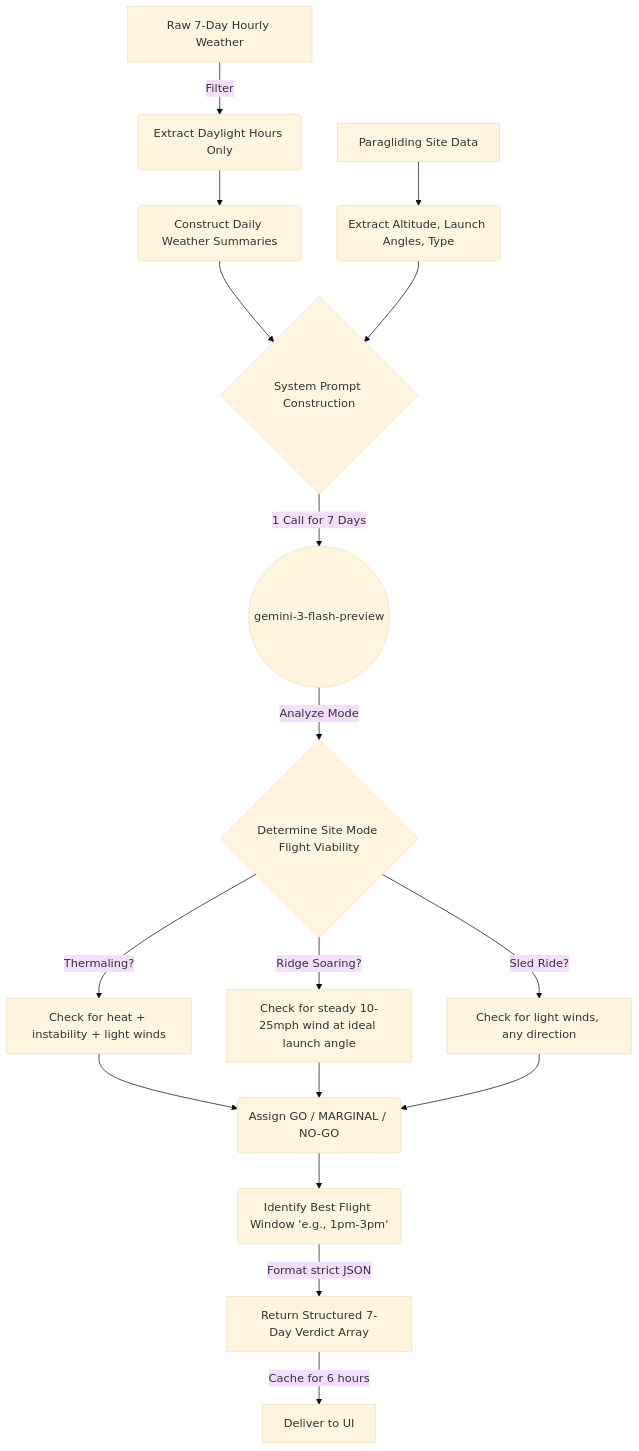
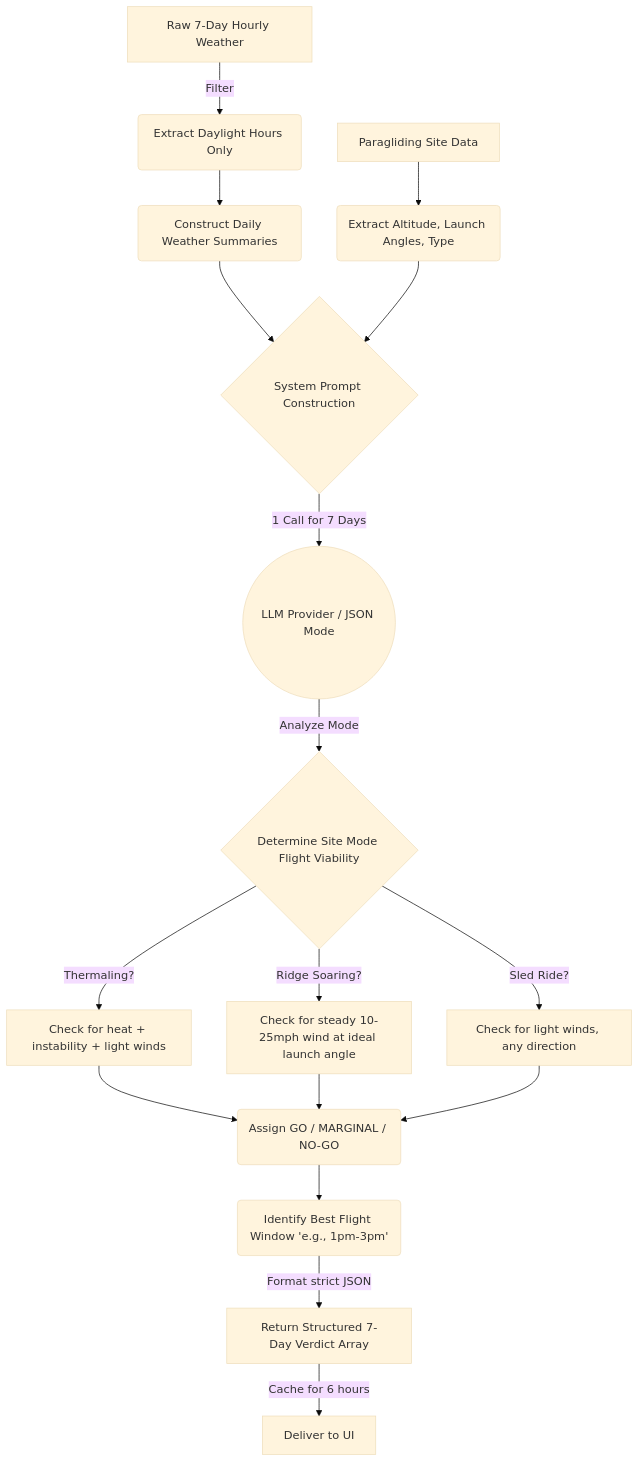
Before and after one commit to rupeshdabbir/Paragliding-agent: the second of 3 diagrams in README.md, drawn with Mermaid (base theme). The commit also changed other lines of this file and 1 other file, not shown here.

Commit message:
docs: Update README to reflect strict multi-provider BYOK architecture, API key handling, and revised environment setup instructions.

````diff
--- a/README.md
+++ b/README.md
@@ -159,23 +159,23 @@
 ```mermaid
 flowchart TD
     A[Raw 7-Day Hourly Weather] -->|Filter| B(Extract Daylight Hours Only)
     B --> C(Construct Daily Weather Summaries)
     
     S[Paragliding Site Data] --> D(Extract Altitude, Launch Angles, Type)
     
     C --> E{System Prompt Construction}
     D --> E
     
-    E -->|1 Call for 7 Days| F((gemini-3-flash-preview))
+    E -->|1 Call for 7 Days| F((LLM Provider / JSON Mode))
     
     F -->|Analyze Mode| G{Determine Site Mode Flight Viability}
     G -->|Thermaling?| H[Check for heat + instability + light winds]
     G -->|Ridge Soaring?| I[Check for steady 10-25mph wind at ideal launch angle]
     G -->|Sled Ride?| J[Check for light winds, any direction]
     
     H & I & J --> K(Assign GO / MARGINAL / NO-GO)
     K --> L(Identify Best Flight Window 'e.g., 1pm-3pm')
     
     L -->|Format strict JSON| M[Return Structured 7-Day Verdict Array]
     M -->|Cache for 6 hours| N[Deliver to UI]
 ```
````
